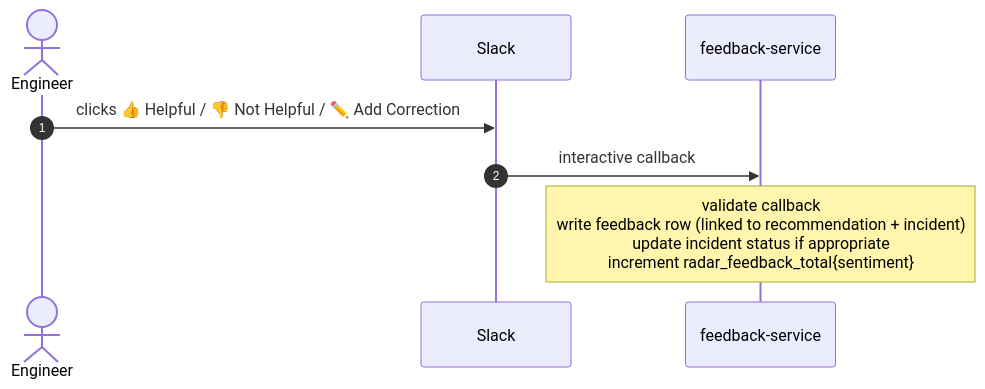
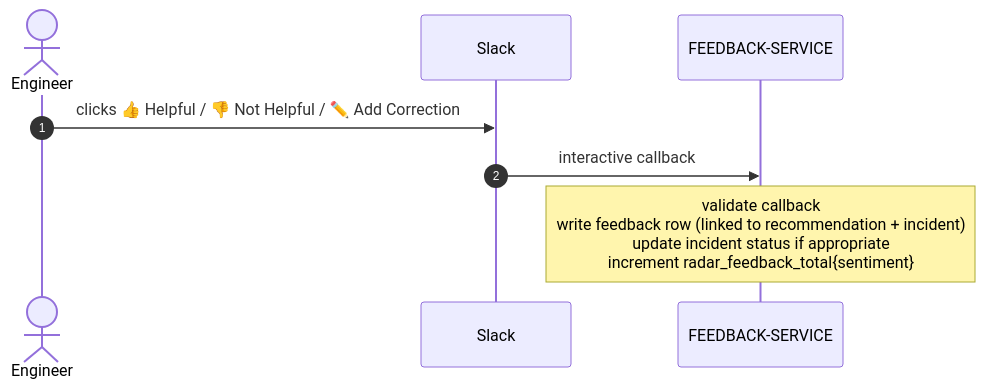
Before and after one commit to k-kohli10/radar-system: the fifth of 6 diagrams in docs/architecture/sequence-flows.md, drawn with Mermaid. The commit also changed other lines of this file and 4 other files, not shown here.

Commit message:
docs(diagrams): uppercase service names and drop <small> tags

````diff
--- a/docs/architecture/sequence-flows.md
+++ b/docs/architecture/sequence-flows.md
@@ -208,11 +208,11 @@
 ```mermaid
 sequenceDiagram
     autonumber
     actor Engineer
     participant Slack
-    participant feedback as feedback-service
+    participant feedback as FEEDBACK-SERVICE
 
     Engineer->>Slack: clicks 👍 Helpful / 👎 Not Helpful / ✏️ Add Correction
     Slack->>feedback: interactive callback
     Note over feedback: validate callback<br/>write feedback row (linked to recommendation + incident)<br/>update incident status if appropriate<br/>increment radar_feedback_total{sentiment}
 ```
````
